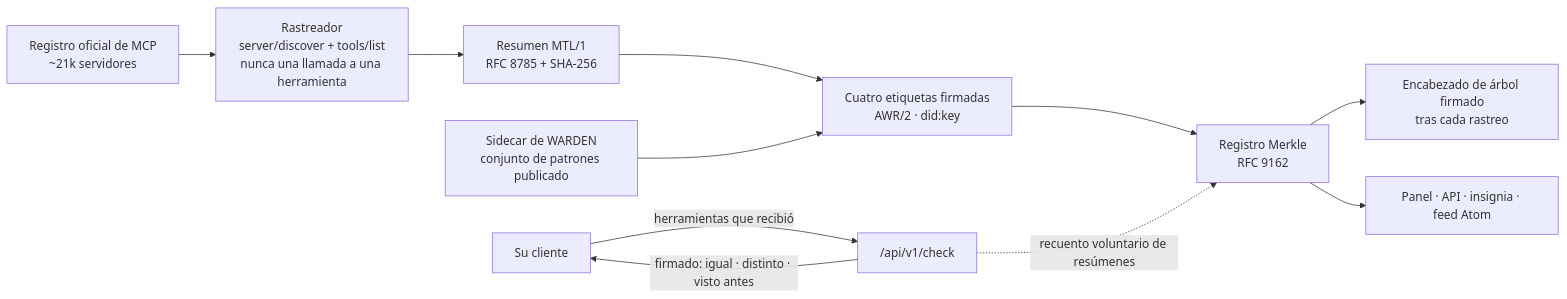
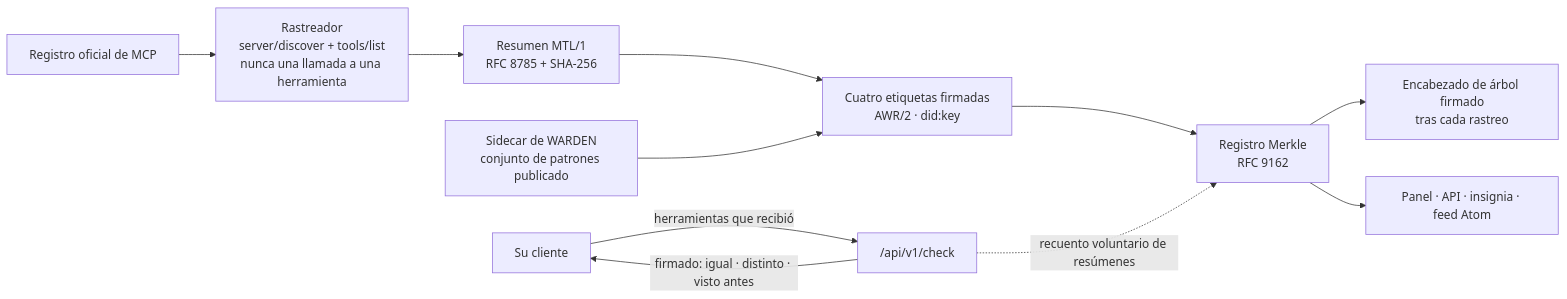
The diagram in README.es.md (alexar76/histor), drawn with Mermaid before and after one commit. The commit also changed other lines of this file and 42 other files, not shown here.

````diff
--- a/README.es.md
+++ b/README.es.md
@@ -55,13 +55,13 @@
 ```mermaid
 flowchart LR
-    R["Registro oficial de MCP<br/>~21k servidores"] --> C["Rastreador<br/>server/discover + tools/list<br/>nunca una llamada a una herramienta"]
+    R["Registro oficial de MCP"] --> C["Rastreador<br/>server/discover + tools/list<br/>nunca una llamada a una herramienta"]
     C --> D["Resumen MTL/1<br/>RFC 8785 + SHA-256"]
     D --> L["Cuatro etiquetas firmadas<br/>AWR/2 · did:key"]
     W["Sidecar de WARDEN<br/>conjunto de patrones publicado"] --> L
     L --> M["Registro Merkle<br/>RFC 9162"]
     M --> S["Encabezado de árbol firmado<br/>tras cada rastreo"]
     M --> API["Panel · API · insignia · feed Atom"]
     CL["Su cliente"] -- "herramientas que recibió" --> K["/api/v1/check"]
     K -- "firmado: igual · distinto · visto antes" --> CL
     K -. "recuento voluntario de resúmenes" .-> M
 ```
````
